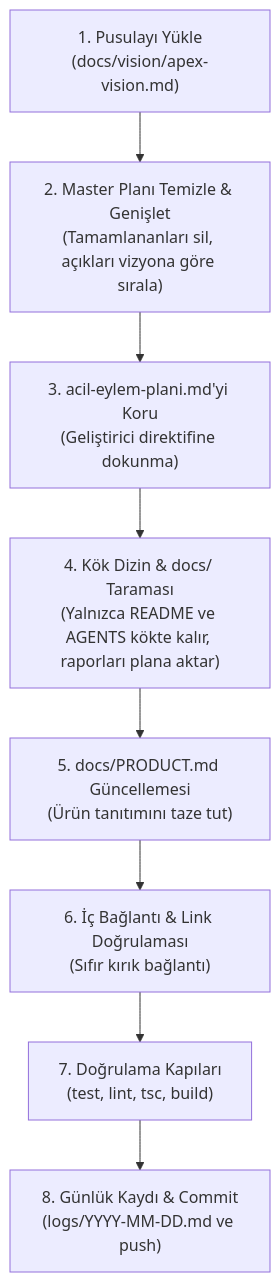
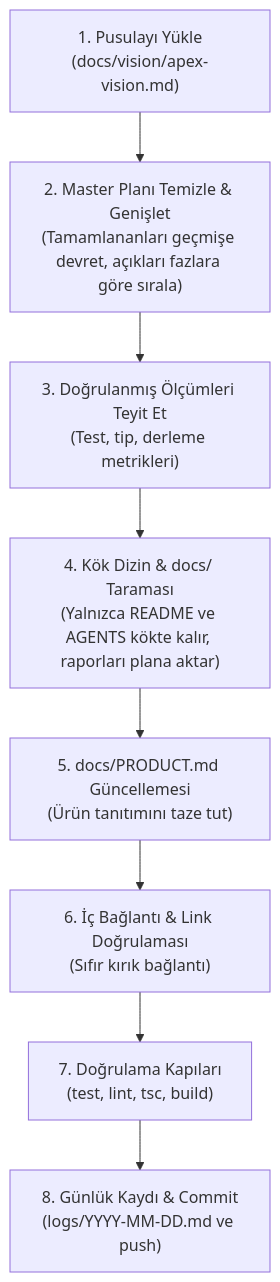
One commit to ugurshelby/project-anthology changed the diagram in docs/README.md. Above: the diagram before and after it, drawn with Mermaid. The commit also changed other lines of this file and 6 other files, not shown here.

Commit message:
docs(plans): integrate acil-eylem-plani into master-plan, structure open tasks into 7 phases with measured baselines

````diff
--- a/docs/README.md
+++ b/docs/README.md
@@ -99,10 +97,10 @@
 ```mermaid
 graph TD
-    A["1. Pusulayı Yükle<br>(docs/vision/apex-vision.md)"] --> B["2. Master Planı Temizle & Genişlet<br>(Tamamlananları sil, açıkları vizyona göre sırala)"]
-    B --> C["3. acil-eylem-plani.md'yi Koru<br>(Geliştirici direktifine dokunma)"]
+    A["1. Pusulayı Yükle<br>(docs/vision/apex-vision.md)"] --> B["2. Master Planı Temizle & Genişlet<br>(Tamamlananları geçmişe devret, açıkları fazlara göre sırala)"]
+    B --> C["3. Doğrulanmış Ölçümleri Teyit Et<br>(Test, tip, derleme metrikleri)"]
     C --> D["4. Kök Dizin & docs/ Taraması<br>(Yalnızca README ve AGENTS kökte kalır, raporları plana aktar)"]
     D --> E["5. docs/PRODUCT.md Güncellemesi<br>(Ürün tanıtımını taze tut)"]
     E --> F["6. İç Bağlantı & Link Doğrulaması<br>(Sıfır kırık bağlantı)"]
     F --> G["7. Doğrulama Kapıları<br>(test, lint, tsc, build)"]
     G --> H["8. Günlük Kaydı & Commit<br>(logs/YYYY-MM-DD.md ve push)"]
 ```
````
